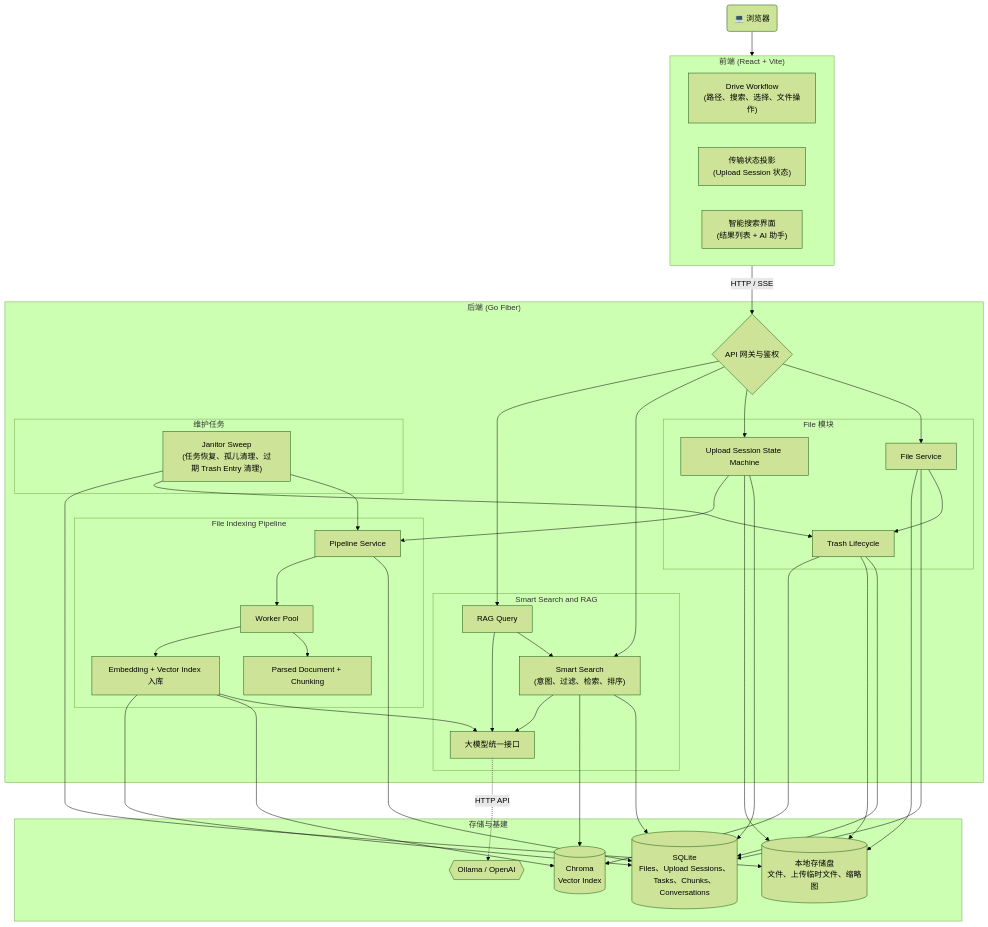
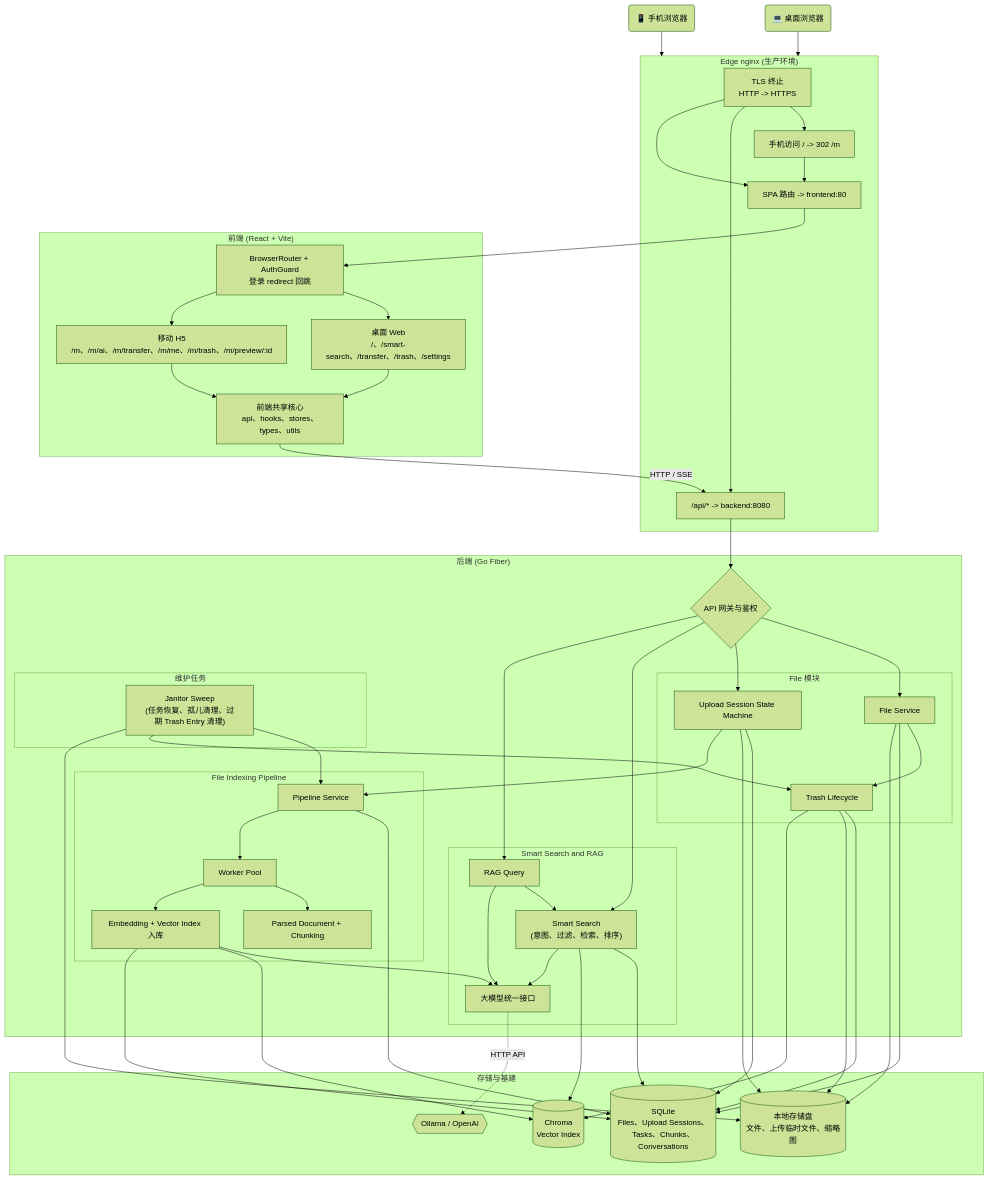
Before and after one commit to memo-drive/memo-drive: the diagram in README-ZH.md, drawn with Mermaid (forest theme). The commit also changed other lines of this file and 63 other files, not shown here.

````diff
--- a/README-ZH.md
+++ b/README-ZH.md
@@ -32,11 +35,20 @@
 ```mermaid
 flowchart TB
-    Client("💻 浏览器")
+    DesktopClient("💻 桌面浏览器")
+    PhoneClient("📱 手机浏览器")
+
+    subgraph Edge ["Edge nginx (生产环境)"]
+        TLS["TLS 终止\nHTTP -> HTTPS"]
+        MobileRedirect["手机访问 / -> 302 /m"]
+        ApiRoute["/api/* -> backend:8080"]
+        SpaRoute["SPA 路由 -> frontend:80"]
+    end
 
     subgraph Frontend ["前端 (React + Vite)"]
-        Drive["Drive Workflow\n(路径、搜索、选择、文件操作)"]
-        Transfer["传输状态投影\n(Upload Session 状态)"]
-        SmartUI["智能搜索界面\n(结果列表 + AI 助手)"]
+        Router["BrowserRouter + AuthGuard\n登录 redirect 回跳"]
+        Shared["前端共享核心\napi、hooks、stores、types、utils"]
+        DesktopUI["桌面 Web\n/、/smart-search、/transfer、/trash、/settings"]
+        MobileUI["移动 H5\n/m、/m/ai、/m/transfer、/m/me、/m/trash、/m/preview/:id"]
     end
 
     subgraph Backend ["后端 (Go Fiber)"]
@@ -73,8 +85,19 @@
         Ollama{{"Ollama / OpenAI"}}
     end
 
-    Client --> Frontend
-    Frontend -- "HTTP / SSE" --> Gateway
+    DesktopClient --> Edge
+    PhoneClient --> Edge
+    TLS --> MobileRedirect
+    MobileRedirect --> SpaRoute
+    TLS --> ApiRoute
+    TLS --> SpaRoute
+    SpaRoute --> Router
+    Router --> DesktopUI
+    Router --> MobileUI
+    DesktopUI --> Shared
+    MobileUI --> Shared
+    Shared -- "HTTP / SSE" --> ApiRoute
+    ApiRoute --> Gateway
 
     Gateway --> FileSvc
     Gateway --> Upload
````
